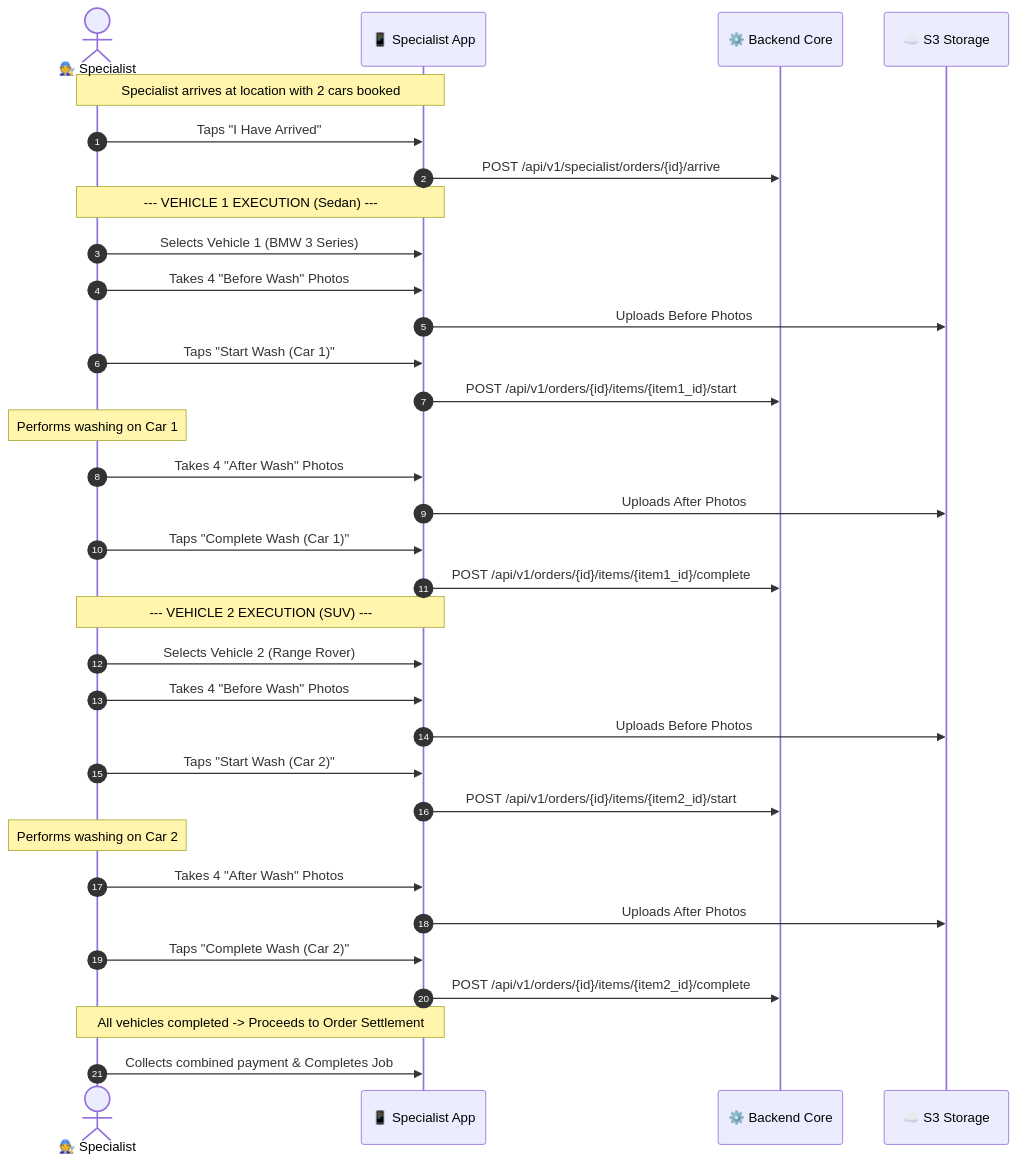
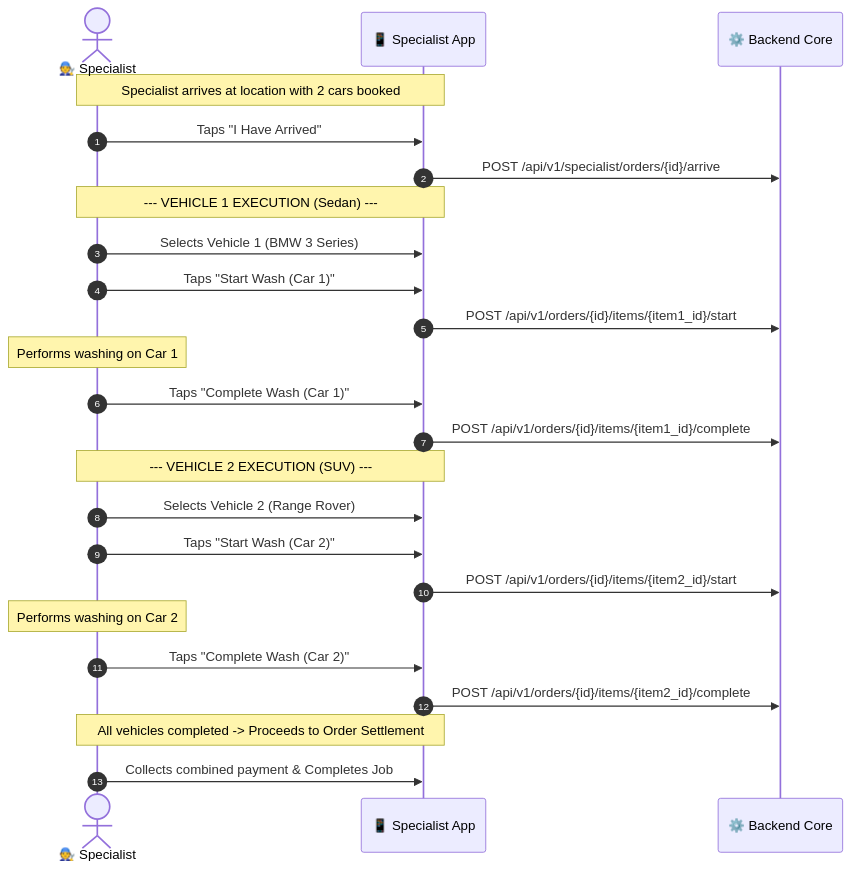
Before and after one commit to fsdevriver/800-doc: the second of 2 diagrams in docs/business/multi-car.md, drawn with Mermaid. The commit also changed other lines of this file and 4 other files, not shown here.

Commit message:
feat: streamline operational flows by removing mandatory before/after photo gates for initial release

````diff
--- a/docs/business/multi-car.md
+++ b/docs/business/multi-car.md
@@ -41,39 +40,30 @@
 ```mermaid
 sequenceDiagram
     autonumber
     actor Spec as 🧑‍🔧 Specialist
     participant App as 📱 Specialist App
     participant API as ⚙️ Backend Core
-    participant S3 as ☁️ S3 Storage
 
     Note over Spec, App: Specialist arrives at location with 2 cars booked
     Spec->>App: Taps "I Have Arrived"
     App->>API: POST /api/v1/specialist/orders/{id}/arrive
     
     Note over Spec, App: --- VEHICLE 1 EXECUTION (Sedan) ---
     Spec->>App: Selects Vehicle 1 (BMW 3 Series)
-    Spec->>App: Takes 4 "Before Wash" Photos
-    App->>S3: Uploads Before Photos
     Spec->>App: Taps "Start Wash (Car 1)"
     App->>API: POST /api/v1/orders/{id}/items/{item1_id}/start
     Note over Spec: Performs washing on Car 1
-    Spec->>App: Takes 4 "After Wash" Photos
-    App->>S3: Uploads After Photos
     Spec->>App: Taps "Complete Wash (Car 1)"
     App->>API: POST /api/v1/orders/{id}/items/{item1_id}/complete
 
     Note over Spec, App: --- VEHICLE 2 EXECUTION (SUV) ---
     Spec->>App: Selects Vehicle 2 (Range Rover)
-    Spec->>App: Takes 4 "Before Wash" Photos
-    App->>S3: Uploads Before Photos
     Spec->>App: Taps "Start Wash (Car 2)"
     App->>API: POST /api/v1/orders/{id}/items/{item2_id}/start
     Note over Spec: Performs washing on Car 2
-    Spec->>App: Takes 4 "After Wash" Photos
-    App->>S3: Uploads After Photos
     Spec->>App: Taps "Complete Wash (Car 2)"
     App->>API: POST /api/v1/orders/{id}/items/{item2_id}/complete
 
     Note over Spec, App: All vehicles completed -> Proceeds to Order Settlement
     Spec->>App: Collects combined payment & Completes Job
 ```
````
